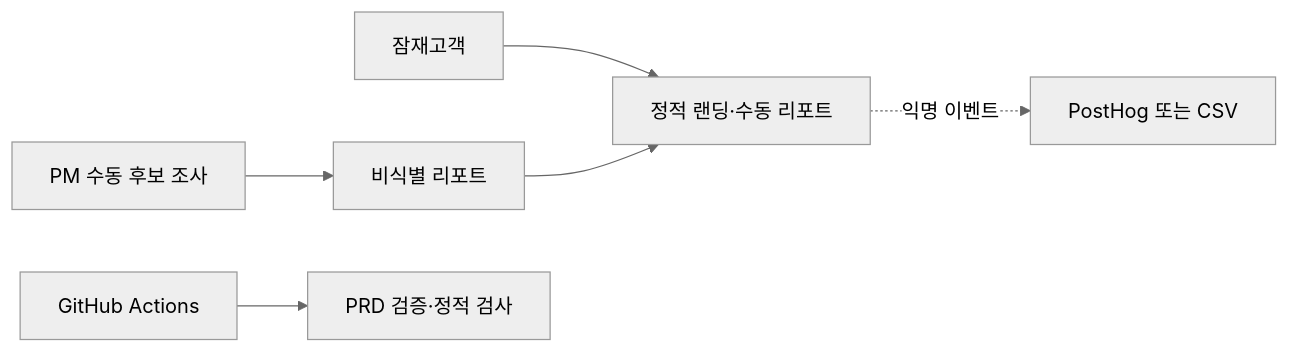
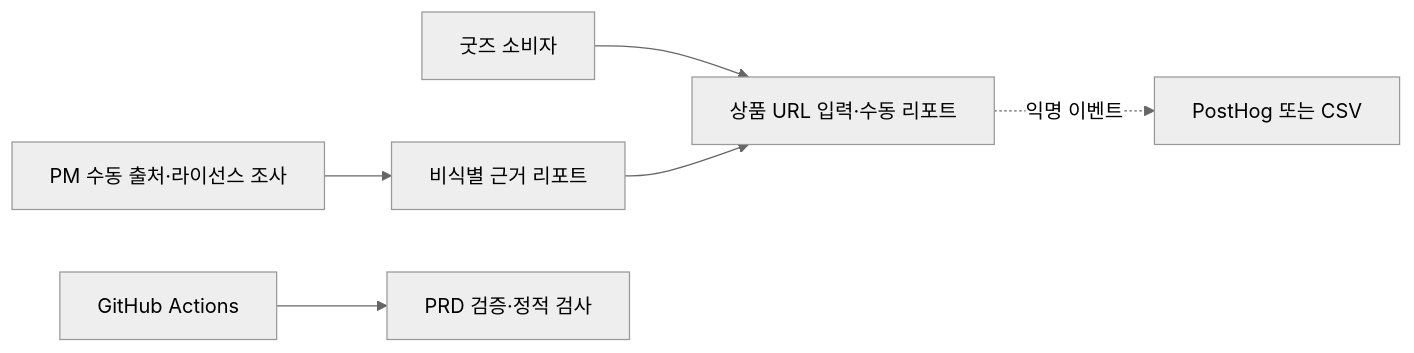
The diagram in docs/prd/08-tech-stack.md (KTheES/Lean_Prd_skills), drawn with Mermaid (neutral theme) before and after one commit. The commit also changed other lines of this file and 24 other files, not shown here.

````diff
--- a/docs/prd/08-tech-stack.md
+++ b/docs/prd/08-tech-stack.md
@@ -11,8 +11,8 @@
 ```mermaid
 flowchart LR
-  U[잠재고객] --> FE[정적 랜딩·수동 리포트]
+  U[굿즈 소비자] --> FE[상품 URL 입력·수동 리포트]
   FE -. 익명 이벤트 .-> PH[PostHog 또는 CSV]
-  PM[PM 수동 후보 조사] --> RP[비식별 리포트]
+  PM[PM 수동 출처·라이선스 조사] --> RP[비식별 근거 리포트]
   RP --> FE
   GH[GitHub Actions] --> TEST[PRD 검증·정적 검사]
 ```
````
